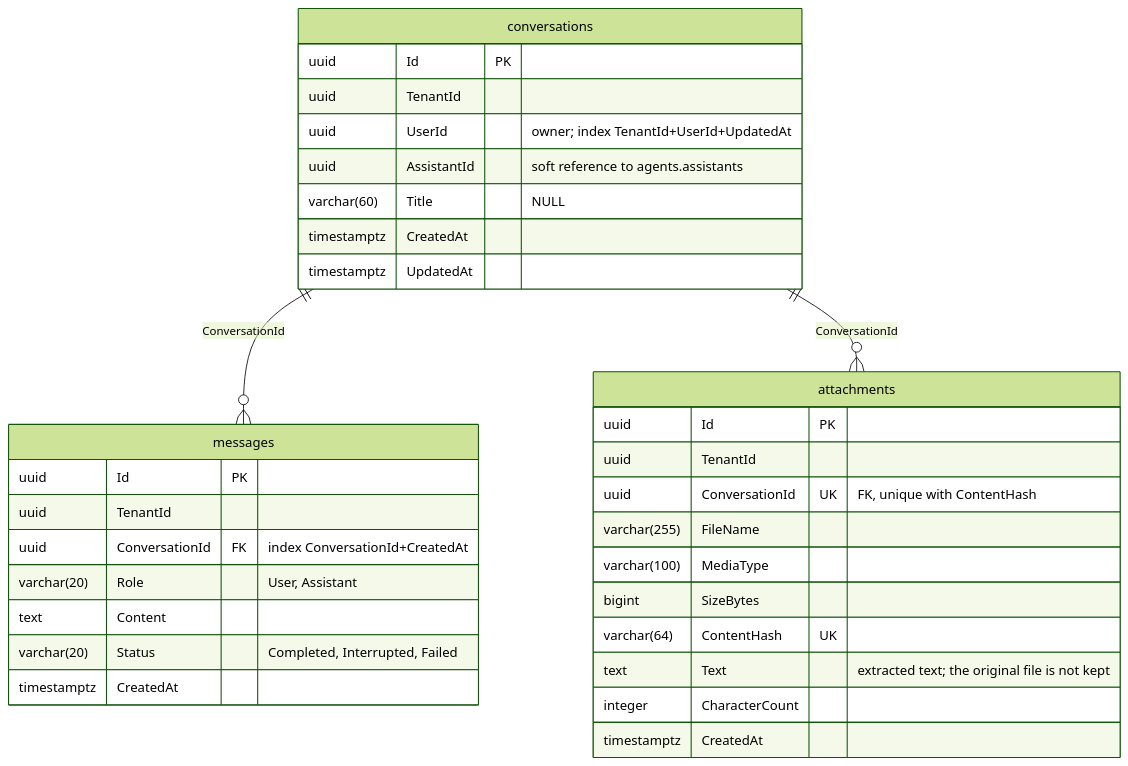
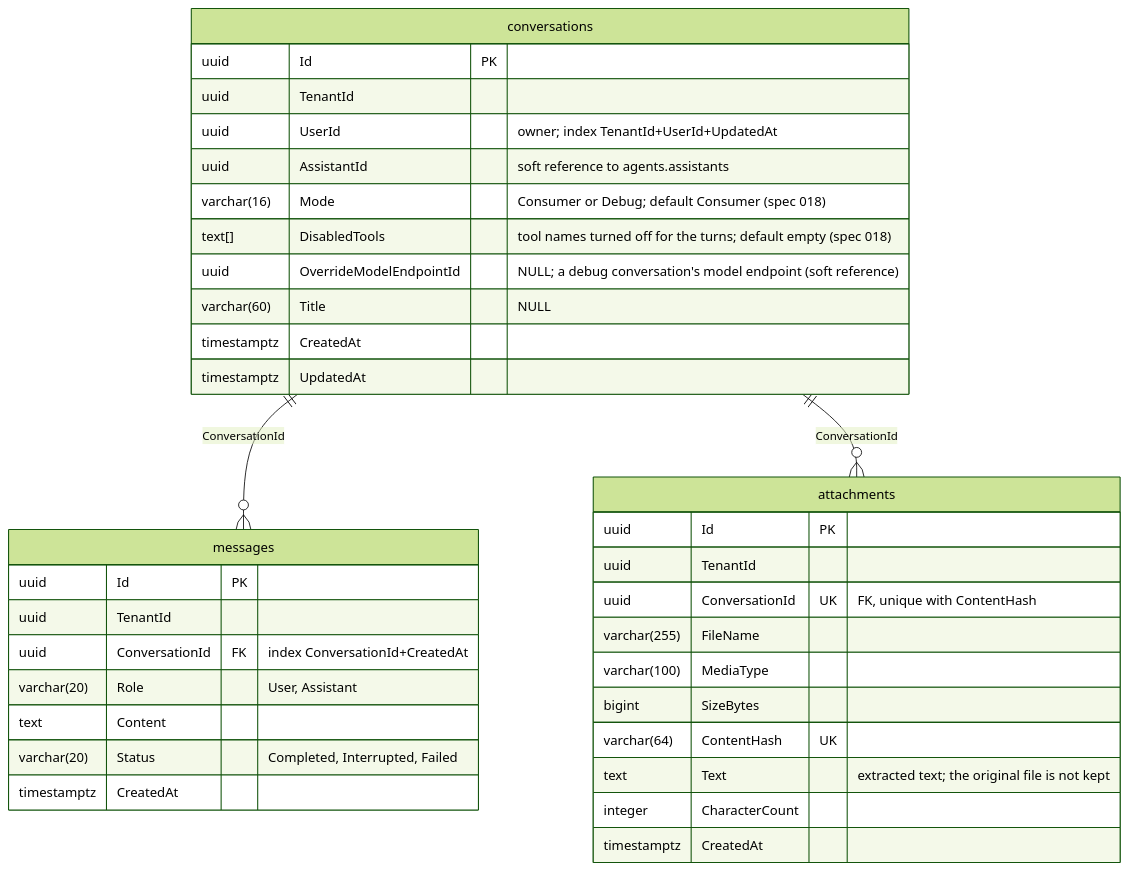
One commit to claudiom248/quorum changed the fourth of 5 diagrams in docs/database-schema.md. Above: the diagram before and after it, drawn with Mermaid (forest theme). The commit also changed other lines of this file and 3 other files, not shown here.

Commit message:
docs: schema, glossary and deferred items for chat assistants (spec 018) (#215)

````diff
--- a/docs/database-schema.md
+++ b/docs/database-schema.md
@@ -411,38 +414,41 @@
 ```mermaid
 erDiagram
     conversations ||--o{ messages : "ConversationId"
     conversations ||--o{ attachments : "ConversationId"
 
     conversations {
         uuid Id PK
         uuid TenantId
         uuid UserId "owner; index TenantId+UserId+UpdatedAt"
         uuid AssistantId "soft reference to agents.assistants"
+        varchar(16) Mode "Consumer or Debug; default Consumer (spec 018)"
+        text[] DisabledTools "tool names turned off for the turns; default empty (spec 018)"
+        uuid OverrideModelEndpointId "NULL; a debug conversation's model endpoint (soft reference)"
         varchar(60) Title "NULL"
         timestamptz CreatedAt
         timestamptz UpdatedAt
     }
 
     messages {
         uuid Id PK
         uuid TenantId
         uuid ConversationId FK "index ConversationId+CreatedAt"
         varchar(20) Role "User, Assistant"
         text Content
         varchar(20) Status "Completed, Interrupted, Failed"
         timestamptz CreatedAt
     }
 
     attachments {
         uuid Id PK
         uuid TenantId
         uuid ConversationId UK "FK, unique with ContentHash"
         varchar(255) FileName
         varchar(100) MediaType
         bigint SizeBytes
         varchar(64) ContentHash UK
         text Text "extracted text; the original file is not kept"
         integer CharacterCount
         timestamptz CreatedAt
     }
 ```
````
